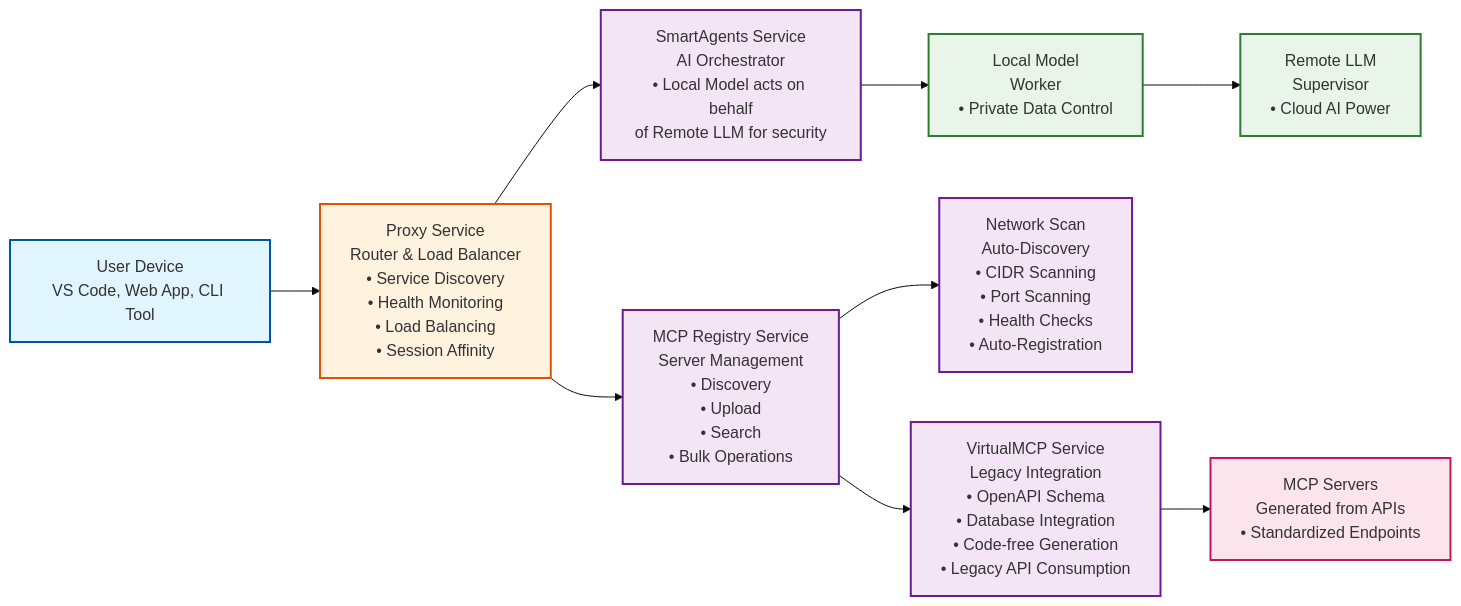
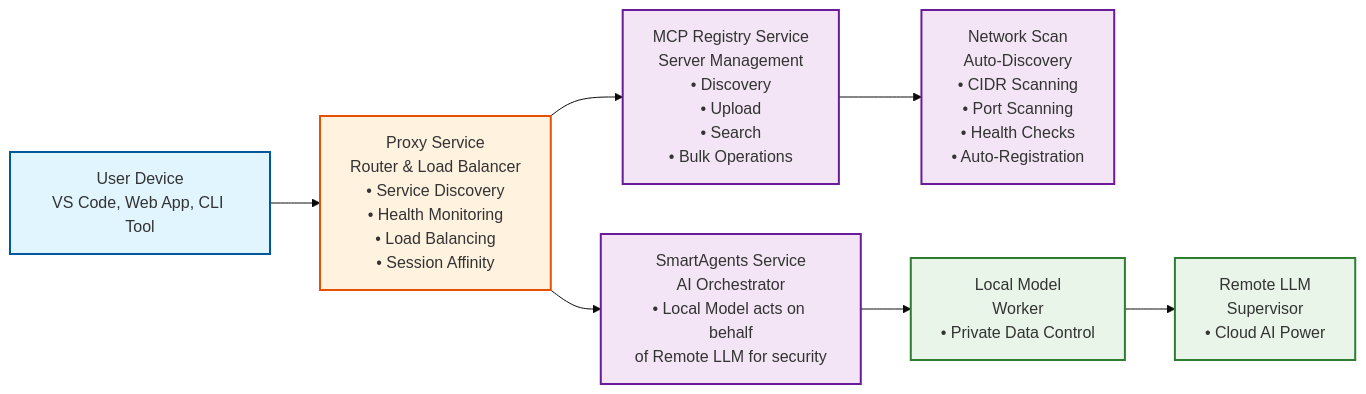
The second of 2 diagrams in README.md (SUSE/suse-ai-up), drawn with Mermaid (base theme) before and after one commit. The commit also changed other lines of this file and 51 other files, not shown here.

````diff
--- a/README.md
+++ b/README.md
@@ -62,23 +61,21 @@
 ```mermaid
 graph LR
     A[User Device<br/>VS Code, Web App, CLI Tool] --> B[Proxy Service<br/>Router & Load Balancer<br/>• Service Discovery<br/>• Health Monitoring<br/>• Load Balancing<br/>• Session Affinity]
     B --> C[SmartAgents Service<br/>AI Orchestrator<br/>• Local Model acts on behalf<br/>of Remote LLM for security]
     B --> D[MCP Registry Service<br/>Server Management<br/>• Discovery<br/>• Upload<br/>• Search<br/>• Bulk Operations]
     D --> E[Network Scan<br/>Auto-Discovery<br/>• CIDR Scanning<br/>• Port Scanning<br/>• Health Checks<br/>• Auto-Registration]
-    D --> F[VirtualMCP Service<br/>Legacy Integration<br/>• OpenAPI Schema<br/>• Database Integration<br/>• Code-free Generation<br/>• Legacy API Consumption]
     C --> G[Local Model<br/>Worker<br/>• Private Data Control]
     G --> H[Remote LLM<br/>Supervisor<br/>• Cloud AI Power]
-    F --> I[MCP Servers<br/>Generated from APIs<br/>• Standardized Endpoints]
 
     classDef userClass fill:#e1f5fe,stroke:#01579b,stroke-width:2px
     classDef proxyClass fill:#fff3e0,stroke:#e65100,stroke-width:2px
     classDef serviceClass fill:#f3e5f5,stroke:#6a1b9a,stroke-width:2px
     classDef aiClass fill:#e8f5e8,stroke:#2e7d32,stroke-width:2px
     classDef outputClass fill:#fce4ec,stroke:#c2185b,stroke-width:2px
 
     class A userClass
     class B proxyClass
-    class C,D,E,F serviceClass
+    class C,D,E serviceClass
     class G,H aiClass
     class I outputClass
 ```
````
